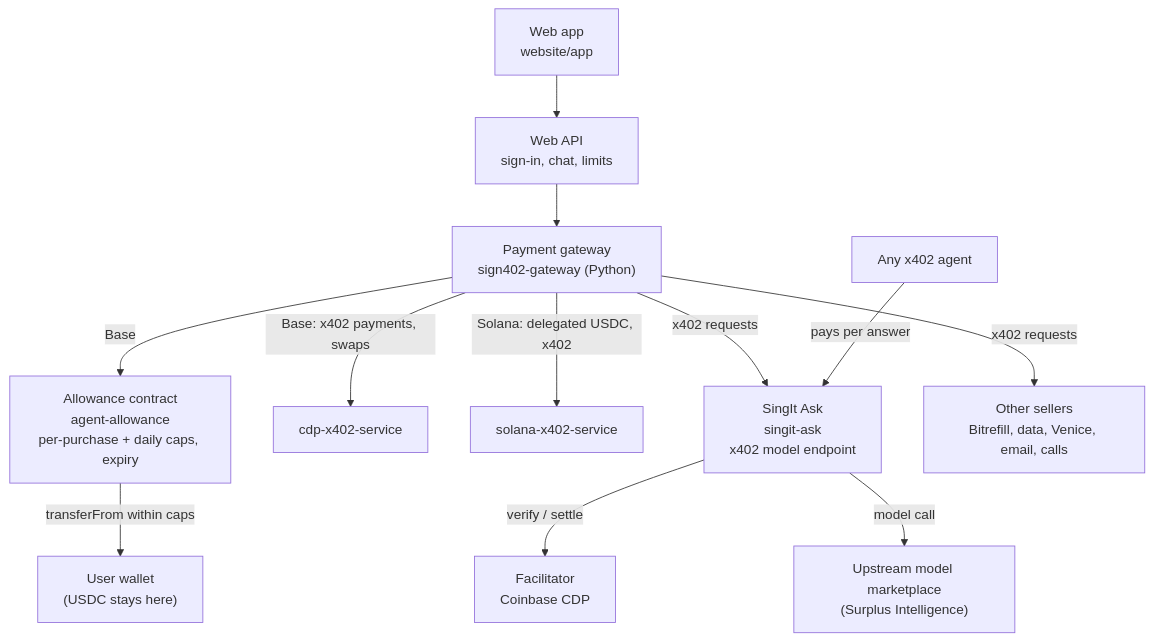
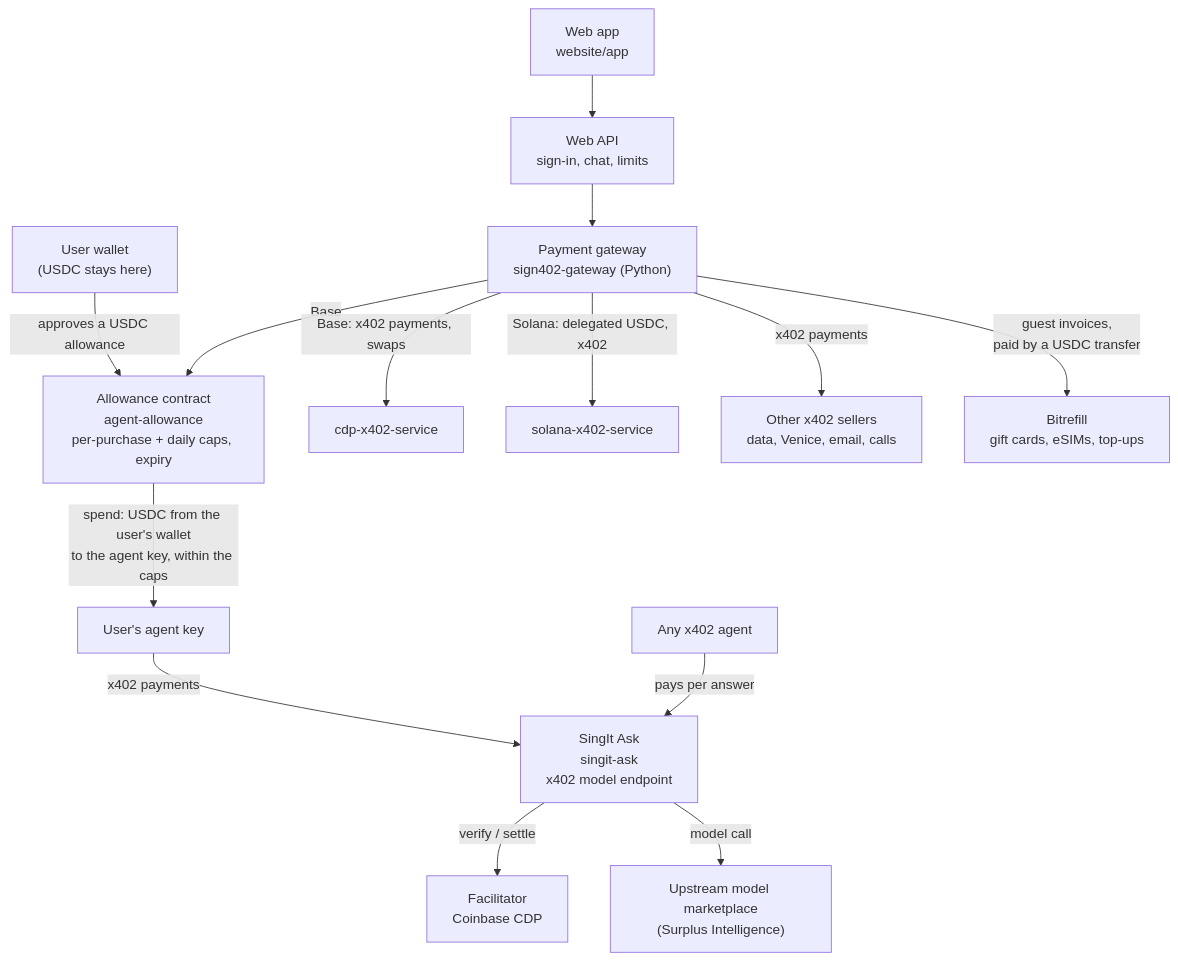
One commit to SingItAi/SingItAI changed the first of 3 diagrams in docs/architecture.md. Above: the diagram before and after it, drawn with Mermaid. The commit also changed other lines of this file, not shown here.

Commit message:
docs: address review findings in the architecture page

````diff
--- a/docs/architecture.md
+++ b/docs/architecture.md
@@ -9,18 +9,20 @@
 ```mermaid
 flowchart TB
     User["User wallet<br/>(USDC stays here)"]
     Web["Web app<br/>website/app"] --> API["Web API<br/>sign-in, chat, limits"]
     API --> GW["Payment gateway<br/>sign402-gateway (Python)"]
 
     GW -->|"Base"| Lim["Allowance contract<br/>agent-allowance<br/>per-purchase + daily caps, expiry"]
     GW -->|"Base: x402 payments, swaps"| CDPSvc["cdp-x402-service"]
     GW -->|"Solana: delegated USDC, x402"| SolSvc["solana-x402-service"]
 
-    Lim -->|"transferFrom within caps"| User
-    GW -->|"x402 requests"| Ask["SingIt Ask<br/>singit-ask<br/>x402 model endpoint"]
-    GW -->|"x402 requests"| Sellers["Other sellers<br/>Bitrefill, data, Venice, email, calls"]
+    User -->|"approves a USDC allowance"| Lim
+    Lim -->|"spend: USDC from the user's wallet<br/>to the agent key, within the caps"| AgentKey["User's agent key"]
+    AgentKey -->|"x402 payments"| Ask["SingIt Ask<br/>singit-ask<br/>x402 model endpoint"]
+    GW -->|"x402 payments"| Sellers["Other x402 sellers<br/>data, Venice, email, calls"]
+    GW -->|"guest invoices,<br/>paid by a USDC transfer"| Bitrefill["Bitrefill<br/>gift cards, eSIMs, top-ups"]
 
     Ask -->|"verify / settle"| Fac["Facilitator<br/>Coinbase CDP"]
     Ask -->|"model call"| Up["Upstream model marketplace<br/>(Surplus Intelligence)"]
     Agents["Any x402 agent"] -->|"pays per answer"| Ask
 ```
````
